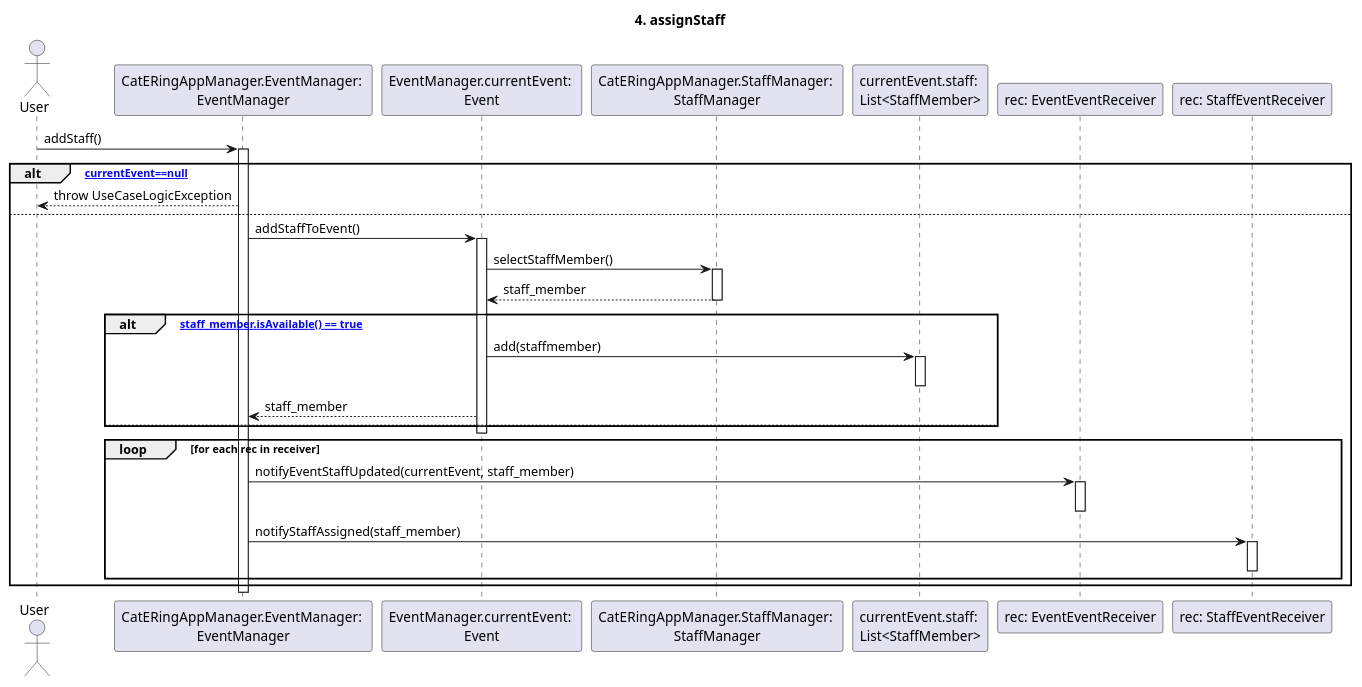
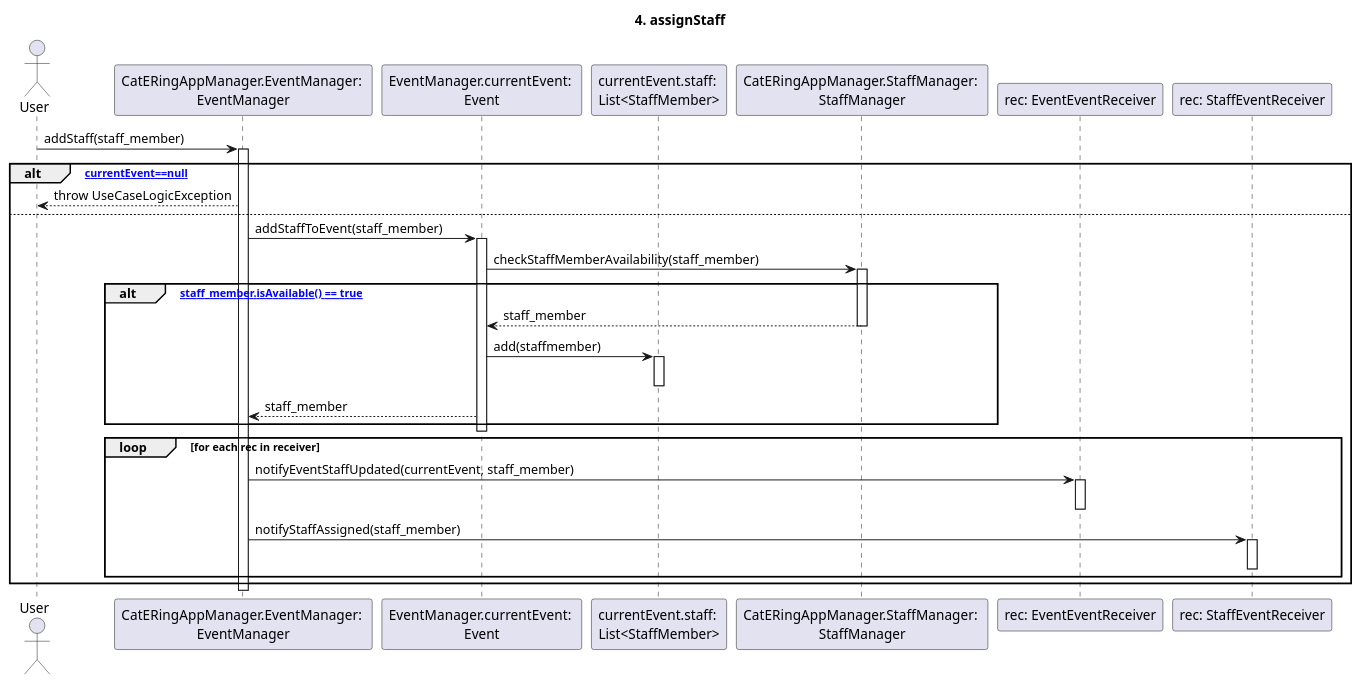
Before and after one commit to m0canu1/sas: the diagram in dsd/dsd-eventi/scenarioPrincipale/4-assignStaff.md, drawn with PlantUML. The commit also changed 1 other file, not shown here.

Commit message:
assignChef&Staff corretti dopo una apparizione in sogno

````diff
--- a/dsd/dsd-eventi/scenarioPrincipale/4-assignStaff.md
+++ b/dsd/dsd-eventi/scenarioPrincipale/4-assignStaff.md
@@ -1,50 +1,53 @@
 ```plantuml
 
 title: 4. assignStaff
 
 Actor User
 Participant "CatERingAppManager.EventManager: \nEventManager" as EM
 Participant "EventManager.currentEvent: \nEvent" as CE
+Participant "currentEvent.staff: \nList<StaffMember>" as SL
 Participant "CatERingAppManager.StaffManager: \nStaffManager" as SM
-Participant "currentEvent.staff: \nList<StaffMember>" as SL
+
 
 Participant "rec: EventEventReceiver" as EER
 Participant "rec: StaffEventReceiver" as SER
 
-User -> EM: addStaff()
+User -> EM: addStaff(staff_member)
 Activate EM
 
 alt [currentEvent==null]
     EM --> User: throw UseCaseLogicException
 else
-    EM -> CE: addStaffToEvent()
+    EM -> CE: addStaffToEvent(staff_member)
     Activate CE
-        CE -> SM: selectStaffMember()
+        CE -> SM: checkStaffMemberAvailability(staff_member)
         Activate SM
-        SM --> CE: staff_member
-        Deactivate SM
         alt ["staff_member.isAvailable() == true"]
+            SM --> CE: staff_member
+            Deactivate SM
             CE -> SL: add(staffmember)
             Activate SL
             Deactivate SL
             CE --> EM: staff_member
-        else
+            
         end
-        
+           
+
+       
     Deactivate CE
 
     loop for each rec in receiver
         EM -> EER: notifyEventStaffUpdated(currentEvent, staff_member)
         Activate EER
         Deactivate EER
         EM -> SER: notifyStaffAssigned(staff_member)
         Activate SER
         Deactivate SER
     end
     
 end
 Deactivate EM
 
 
 
 ```
````
